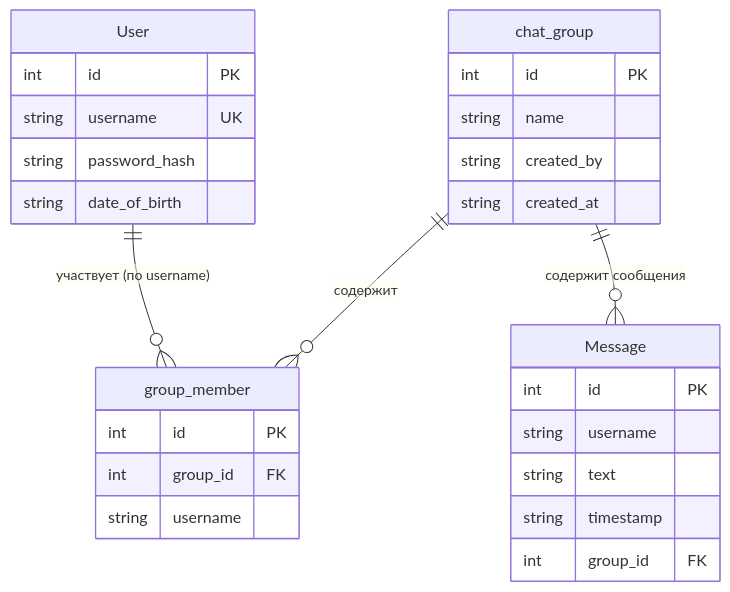
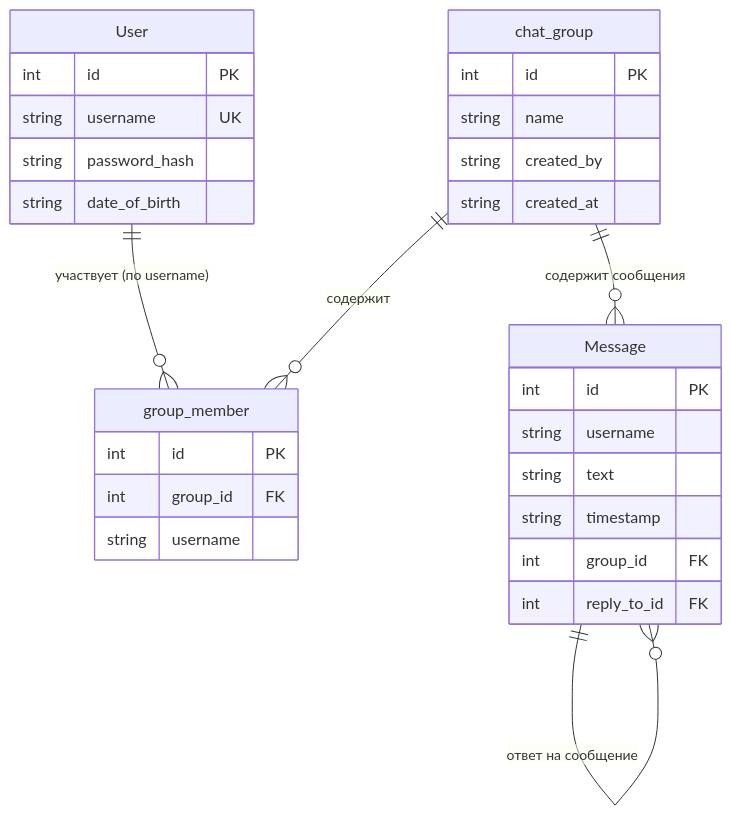
The diagram in README.md (alexcherch/Half_Chat), drawn with Mermaid before and after one commit. The commit also changed 3 other files, not shown here.

Commit message:
reply_to_id: ответ на сообщение

````diff
--- a/README.md
+++ b/README.md
@@ -48,34 +48,37 @@
 ```mermaid
 erDiagram
     User {
         int id PK
         string username UK
         string password_hash
         string date_of_birth
     }
 
     chat_group {
         int id PK
         string name
         string created_by
         string created_at
     }
 
     group_member {
         int id PK
         int group_id FK
         string username
     }
 
     Message {
         int id PK
         string username
         string text
         string timestamp
         int group_id FK
+        int reply_to_id FK
     }
+
+    Message ||--o{ Message : "ответ на сообщение"
 
     User ||--o{ group_member : "участвует (по username)"
     chat_group ||--o{ group_member : "содержит"
     chat_group ||--o{ Message : "cодержит сообщения"
 ```
````
